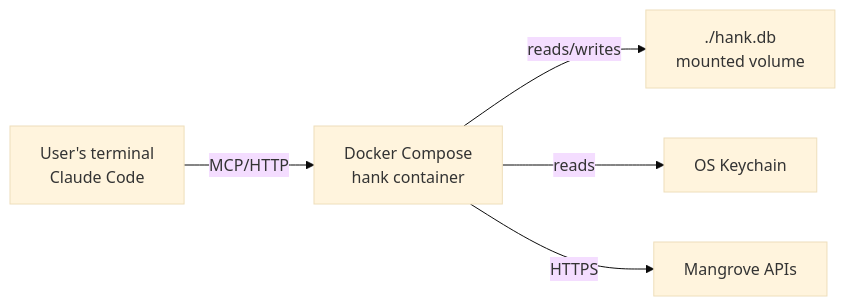
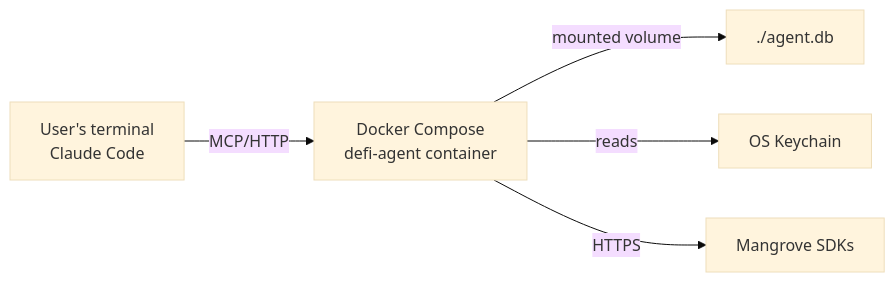
Before and after one commit to MangroveTechnologies/app-in-a-box: the ninth of 9 diagrams in docs/architecture.md, drawn with Mermaid (base theme). The commit also changed other lines of this file and 1 other file, not shown here.

First line of the commit message:
architecture + spec: kill Cloud Run, use SDK for eval, drop Hank, use template config

````diff
--- a/docs/architecture.md
+++ b/docs/architecture.md
@@ -503,7 +646,7 @@
 ```mermaid
 graph LR
-    User[User's terminal<br/>Claude Code] -->|MCP/HTTP| Docker[Docker Compose<br/>hank container]
-    Docker -->|reads/writes| Volume[./hank.db<br/>mounted volume]
+    User[User's terminal<br/>Claude Code] -->|MCP/HTTP| Docker[Docker Compose<br/>defi-agent container]
+    Docker -->|mounted volume| Volume[./agent.db]
     Docker -->|reads| Keychain[OS Keychain]
-    Docker -->|HTTPS| Mangrove[Mangrove APIs]
+    Docker -->|HTTPS| Mangrove[Mangrove SDKs]
 ```
````
